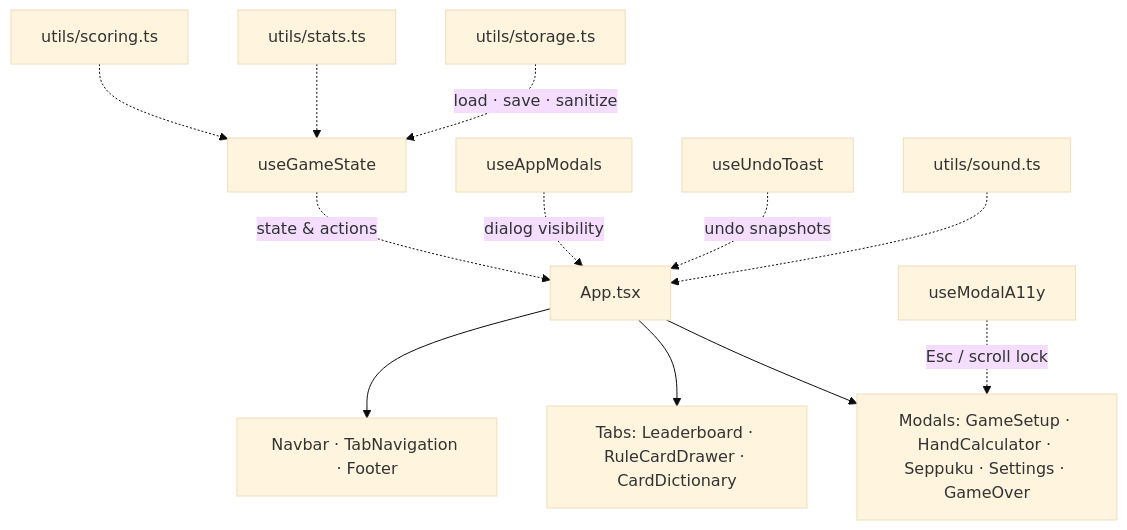
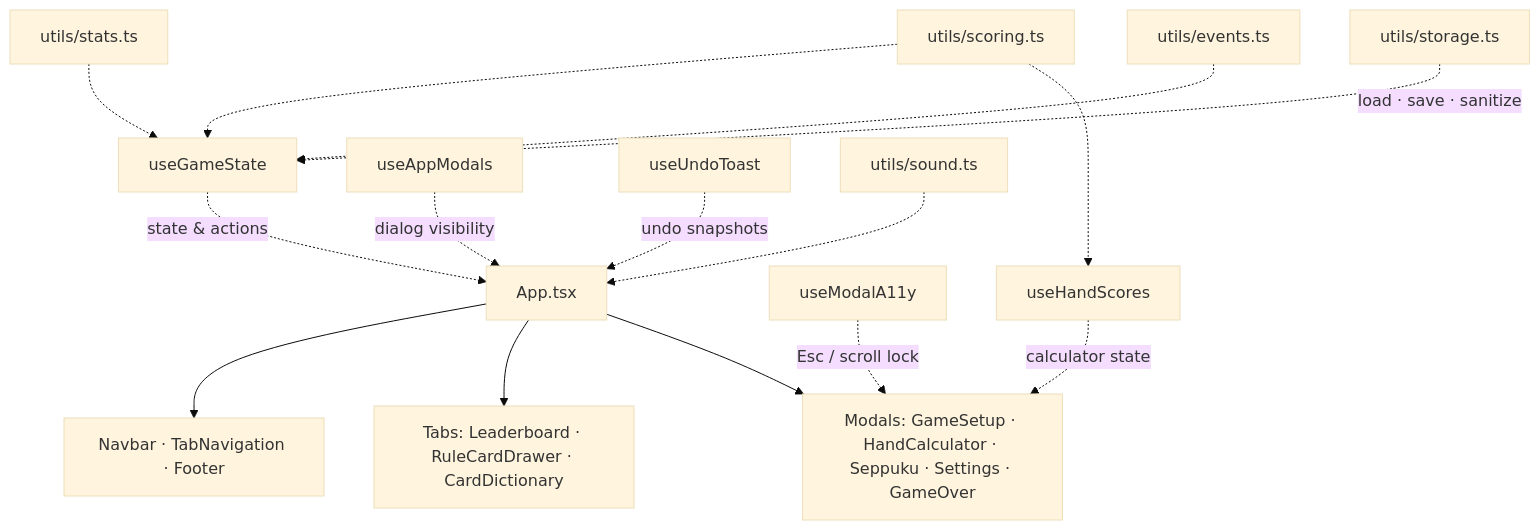
Before and after one commit to simo-macca/pandoras-box-app: the first of 2 diagrams in docs/ARCHITECTURE.md, drawn with Mermaid (base theme). The commit also changed other lines of this file and 7 other files, not shown here.

First line of the commit message:
docs: update README, architecture and rules docs for the refactor

````diff
--- a/docs/ARCHITECTURE.md
+++ b/docs/ARCHITECTURE.md
@@ -36,16 +36,19 @@
 ```mermaid
 flowchart TD
     App["App.tsx"] --> Layout["Navbar · TabNavigation · Footer"]
     App --> Tabs["Tabs: Leaderboard · RuleCardDrawer · CardDictionary"]
     App --> Modals["Modals: GameSetup · HandCalculator · Seppuku · Settings · GameOver"]
 
     State["useGameState"] -.->|state & actions| App
     ModalState["useAppModals"] -.->|dialog visibility| App
     Undo["useUndoToast"] -.->|undo snapshots| App
     A11y["useModalA11y"] -.->|Esc / scroll lock| Modals
+    Hand["useHandScores"] -.->|calculator state| Modals
 
     Scoring["utils/scoring.ts"] -.-> State
+    Scoring -.-> Hand
     Stats["utils/stats.ts"] -.-> State
+    Events["utils/events.ts"] -.-> State
     Storage["utils/storage.ts"] -.->|load · save · sanitize| State
     Sound["utils/sound.ts"] -.-> App
 ```
````
